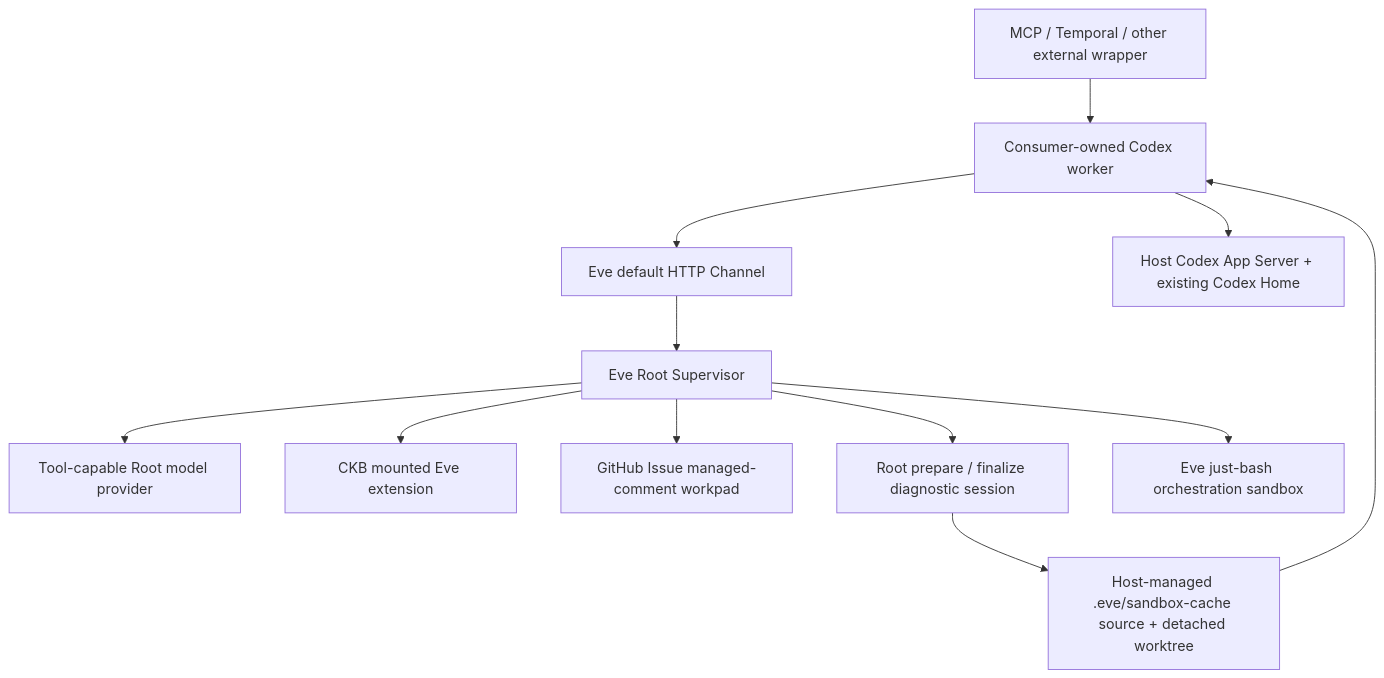
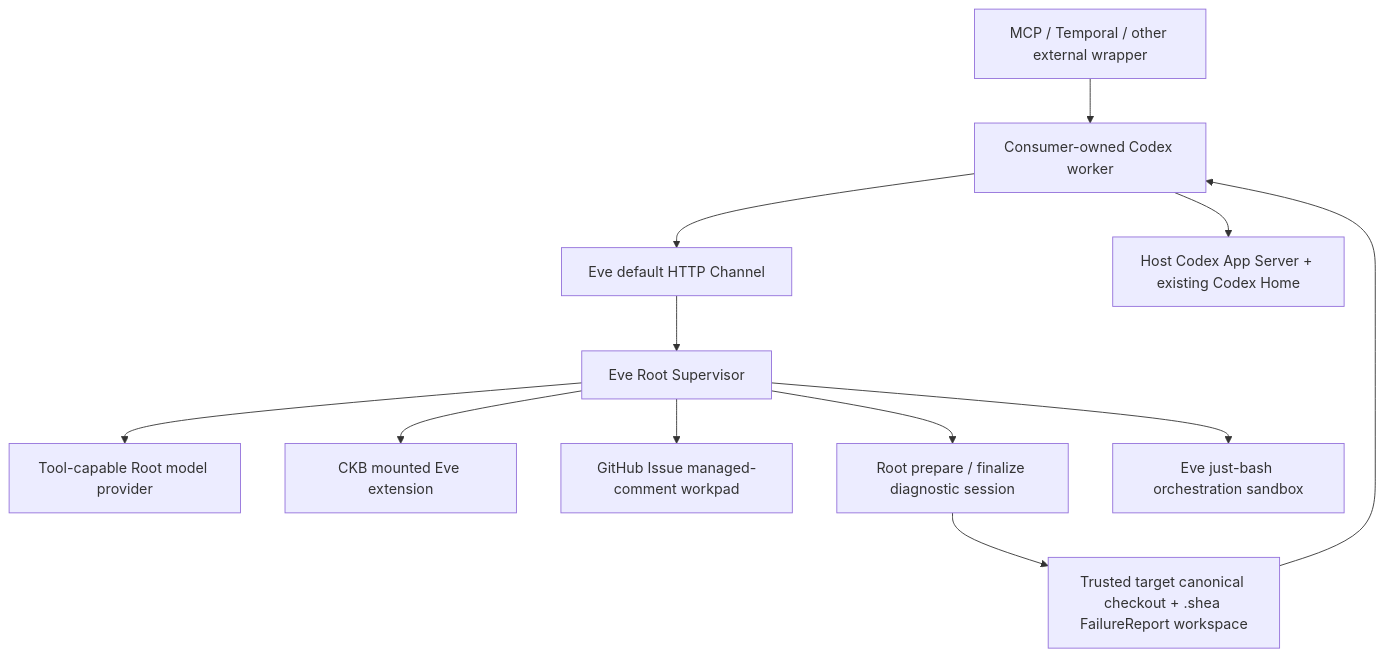
One commit to Alive24/FailureReport changed the diagram in README.md. Above: the diagram before and after it, drawn with Mermaid. The commit also changed other lines of this file and 37 other files, not shown here.

Commit message:
Bind FailureReport to one target workspace

````diff
--- a/README.md
+++ b/README.md
@@ -9,14 +9,14 @@
 ```mermaid
 flowchart TD
   M["MCP / Temporal / other external wrapper"] --> C["Eve Channel client"]
   C --> H["Eve default HTTP Channel"]
   H --> E["Eve Root Supervisor"]
   E --> R["Tool-capable Root model provider"]
   E --> X["CKB mounted Eve extension"]
   E --> I["GitHub Issue managed-comment workpad"]
   E --> D["Root prepare / finalize diagnostic session"]
   E --> B["Eve just-bash orchestration sandbox"]
-  D --> W["Host-managed .eve/sandbox-cache source + detached worktree"]
+  D --> W["Trusted target canonical checkout + .shea FailureReport workspace"]
   W --> C["Consumer-owned Codex worker"]
   C --> A["Host Codex App Server + existing Codex Home"]
 ```
````
